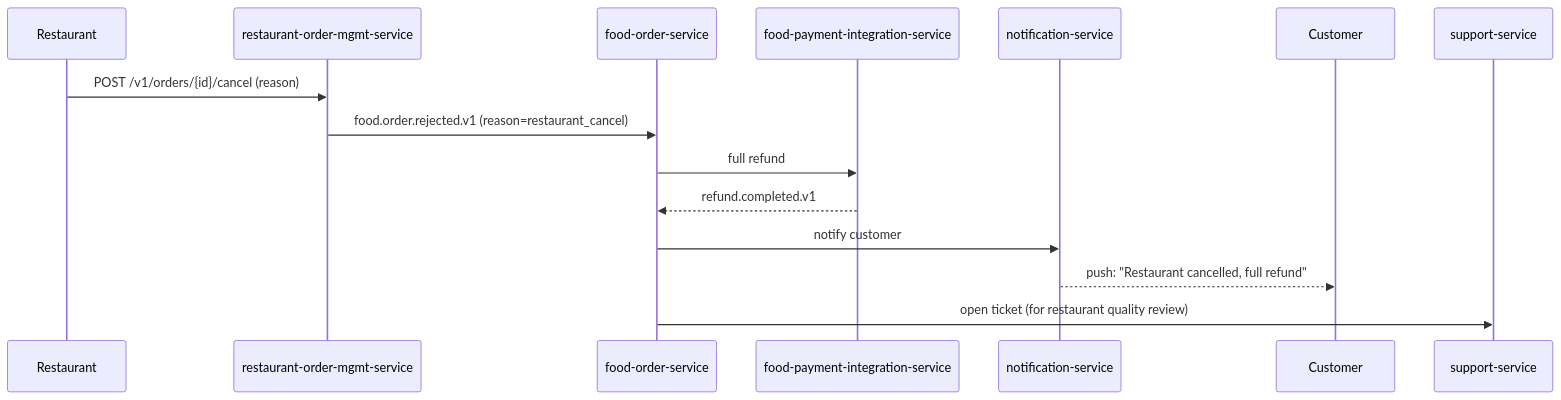
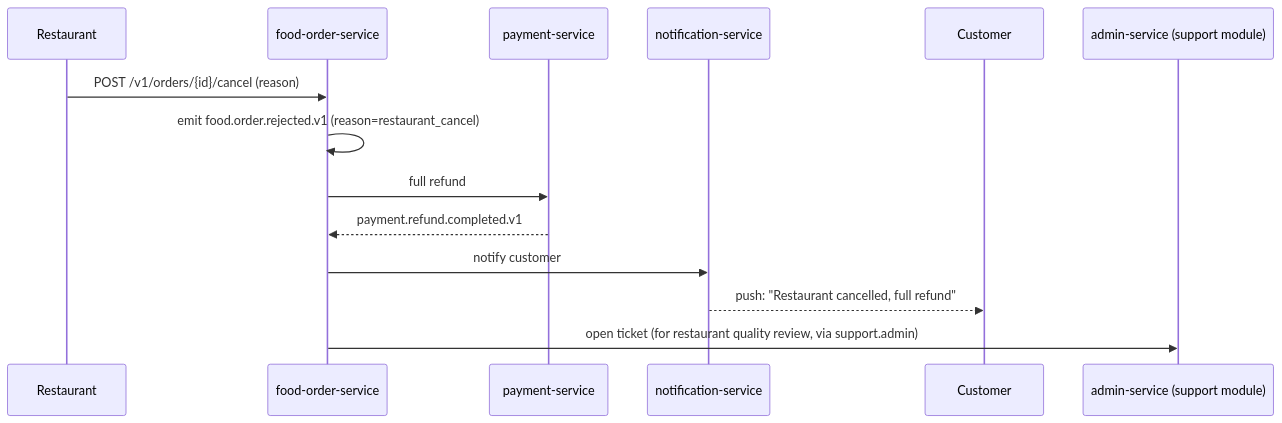
One commit to mohamedhabibwork/trips-enjoy-docs changed the seventh of 12 diagrams in docs/workflows/FOOD_ORDER_WORKFLOWS.md. Above: the diagram before and after it, drawn with Mermaid. The commit also changed other lines of this file and 525 other files, not shown here.

````diff
--- a/docs/workflows/FOOD_ORDER_WORKFLOWS.md
+++ b/docs/workflows/FOOD_ORDER_WORKFLOWS.md
@@ -234,18 +218,17 @@
 ```mermaid
 sequenceDiagram
     participant RES as Restaurant
-    participant ROM as restaurant-order-mgmt-service
     participant FOR as food-order-service
-    participant FPI as food-payment-integration-service
+    participant PAY as payment-service
     participant NOT as notification-service
     participant C as Customer
-    participant SUP as support-service
+    participant ADM as admin-service (support module)
 
-    RES->>ROM: POST /v1/orders/{id}/cancel (reason)
-    ROM->>FOR: food.order.rejected.v1 (reason=restaurant_cancel)
-    FOR->>FPI: full refund
-    FPI-->>FOR: refund.completed.v1
+    RES->>FOR: POST /v1/orders/{id}/cancel (reason)
+    FOR->>FOR: emit food.order.rejected.v1 (reason=restaurant_cancel)
+    FOR->>PAY: full refund
+    PAY-->>FOR: payment.refund.completed.v1
     FOR->>NOT: notify customer
     NOT-->>C: push: "Restaurant cancelled, full refund"
-    FOR->>SUP: open ticket (for restaurant quality review)
+    FOR->>ADM: open ticket (for restaurant quality review, via support.admin)
 ```
````
